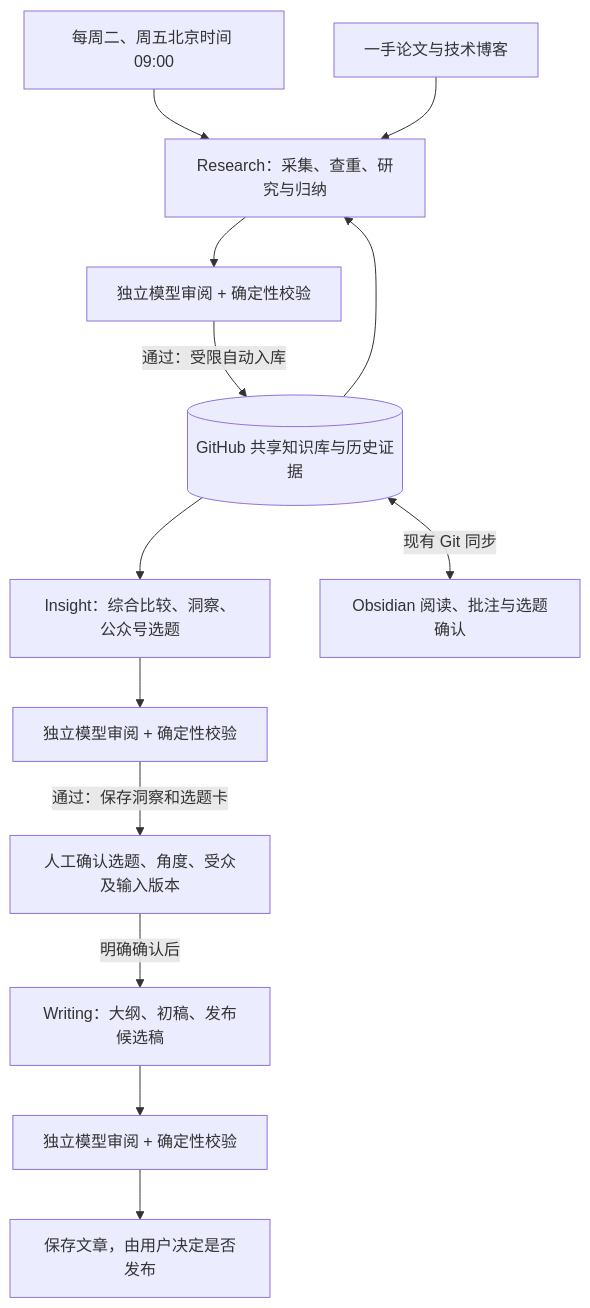
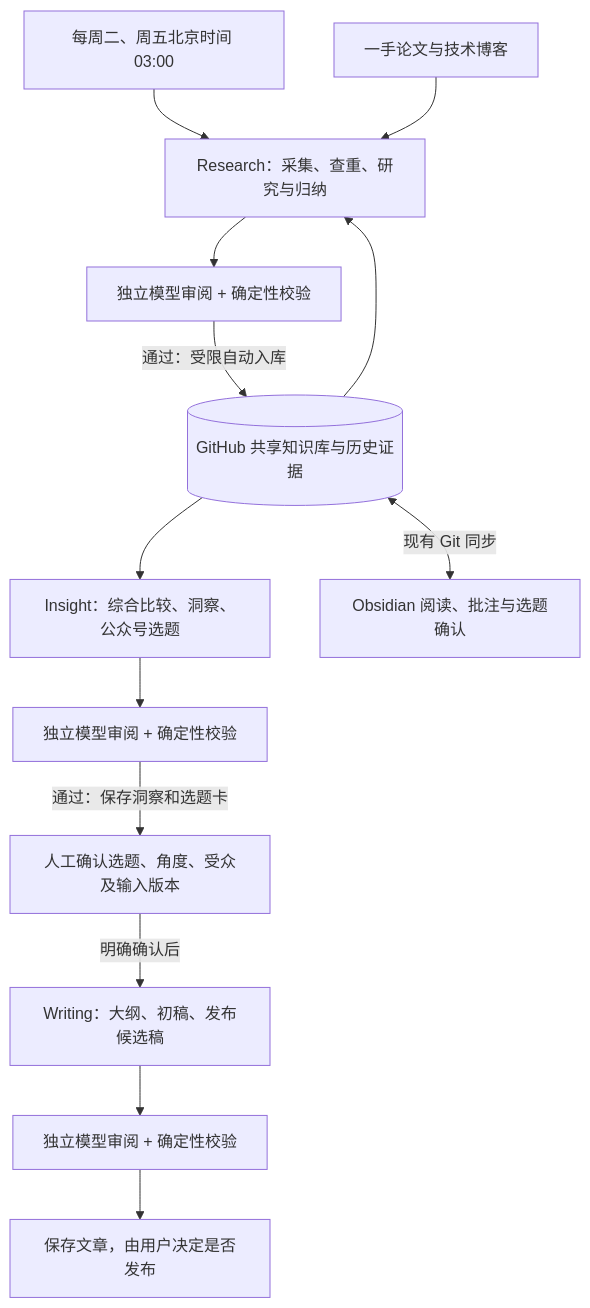
Before and after one commit to gynnash/research-desk: the diagram in workflows/three-agent-architecture.md, drawn with Mermaid. The commit also changed other lines of this file and 11 other files, not shown here.

````diff
--- a/workflows/three-agent-architecture.md
+++ b/workflows/three-agent-architecture.md
@@ -15,15 +15,15 @@
 ```mermaid
 flowchart TD
-    T[每周二、周五北京时间 09:00] --> R[Research：采集、查重、研究与归纳]
+    T[每周二、周五北京时间 03:00] --> R[Research：采集、查重、研究与归纳]
     S[一手论文与技术博客] --> R
     K[(GitHub 共享知识库与历史证据)] --> R
     R --> QR[独立模型审阅 + 确定性校验]
     QR -->|通过：受限自动入库| K
     K --> I[Insight：综合比较、洞察、公众号选题]
     I --> QI[独立模型审阅 + 确定性校验]
     QI -->|通过：保存洞察和选题卡| H[人工确认选题、角度、受众及输入版本]
     H -->|明确确认后| W[Writing：大纲、初稿、发布候选稿]
     W --> QW[独立模型审阅 + 确定性校验]
     QW --> P[保存文章，由用户决定是否发布]
     K <-->|现有 Git 同步| O[Obsidian 阅读、批注与选题确认]
 ```
````
